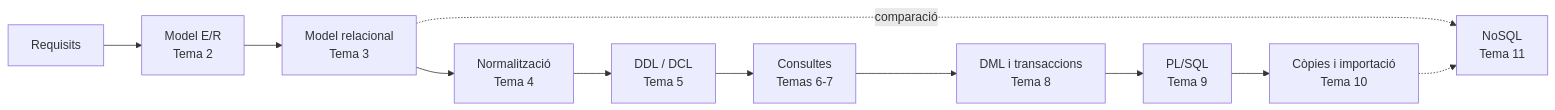
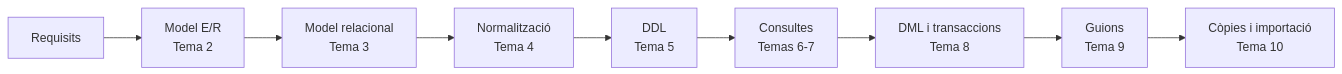
The diagram in content.val/_index.md (LorenaLResusta/GBD), drawn with Mermaid before and after one commit. The commit also changed other lines of this file and 90 other files, not shown here.

````diff
--- a/content.val/_index.md
+++ b/content.val/_index.md
@@ -25,13 +24,11 @@
 ```mermaid
 flowchart LR
     A[Requisits] --> B[Model E/R<br/>Tema 2]
     B --> C[Model relacional<br/>Tema 3]
     C --> D[Normalització<br/>Tema 4]
-    D --> E[DDL / DCL<br/>Tema 5]
+    D --> E[DDL<br/>Tema 5]
     E --> F[Consultes<br/>Temas 6-7]
     F --> G[DML i transaccions<br/>Tema 8]
-    G --> H[PL/SQL<br/>Tema 9]
+    G --> H[Guions<br/>Tema 9]
     H --> J[Còpies i importació<br/>Tema 10]
-    C -.comparació.-> I[NoSQL<br/>Tema 11]
-    J -.-> I
 ```
````
